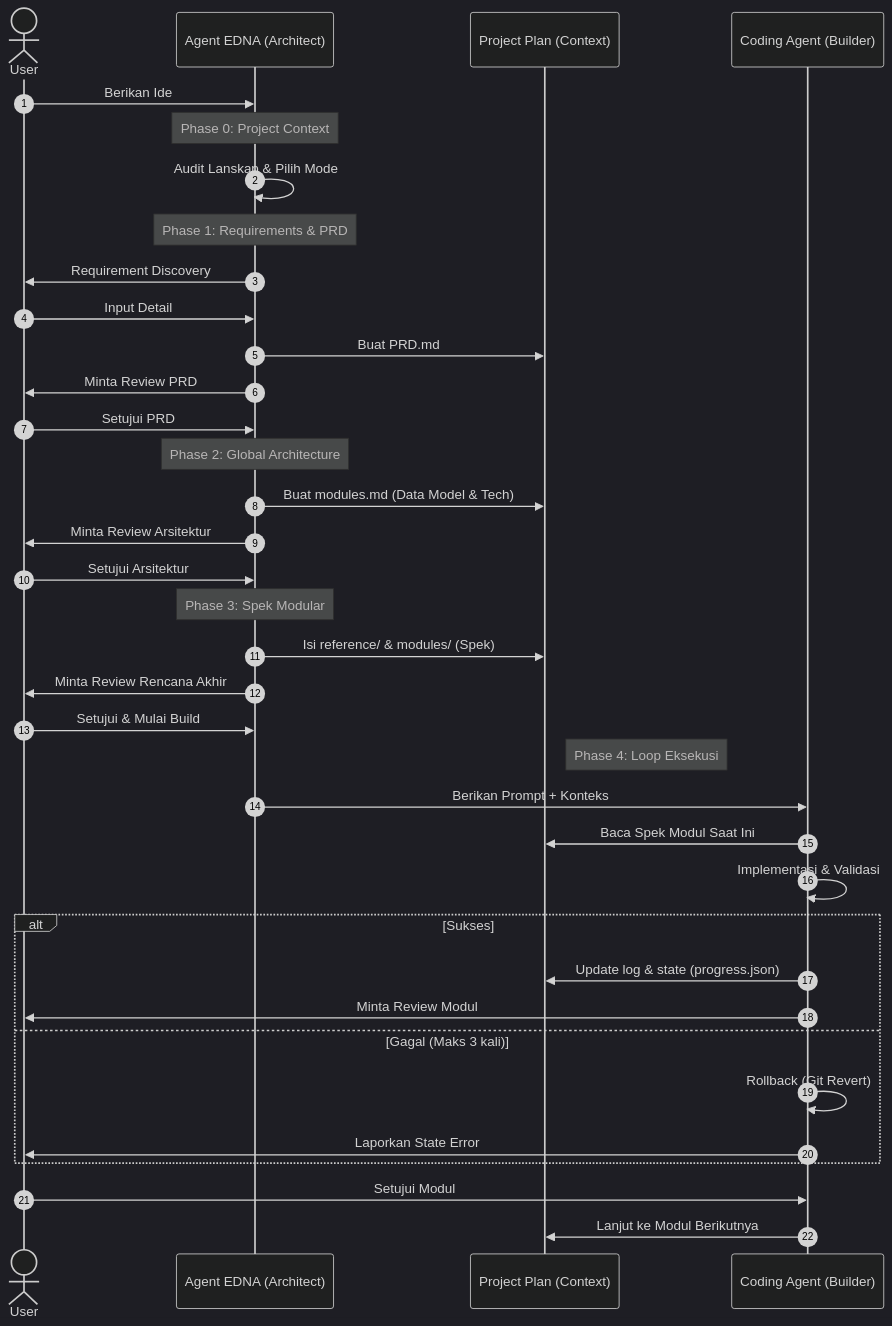
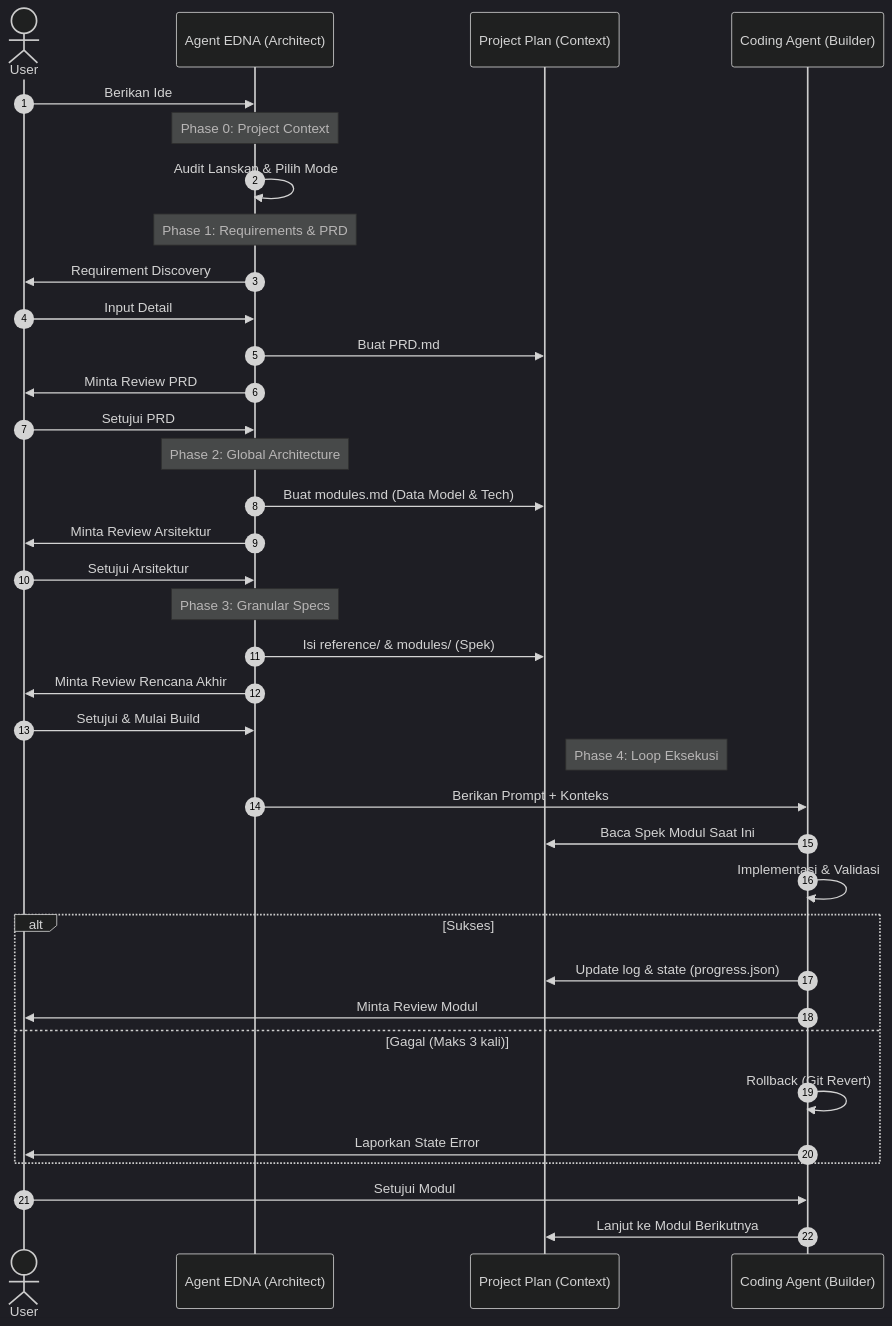
The diagram in how_it_works.id.md (arinadi/EDNA), drawn with Mermaid (dark theme) before and after one commit. The commit also changed other lines of this file and 1 other file, not shown here.

````diff
--- a/how_it_works.id.md
+++ b/how_it_works.id.md
@@ -71,46 +74,46 @@
 ```mermaid
 sequenceDiagram
     autonumber
     actor User
     participant EDNA as Agent EDNA (Architect)
     participant Plan as Project Plan (Context)
     participant Coder as Coding Agent (Builder)
 
     User->>EDNA: Berikan Ide
     
     Note over EDNA: Phase 0: Project Context
     EDNA->>EDNA: Audit Lanskap & Pilih Mode
     
     Note over EDNA: Phase 1: Requirements & PRD
     EDNA->>User: Requirement Discovery
     User->>EDNA: Input Detail
     EDNA->>Plan: Buat PRD.md
     EDNA->>User: Minta Review PRD
     User->>EDNA: Setujui PRD
     
     Note over EDNA: Phase 2: Global Architecture
     EDNA->>Plan: Buat modules.md (Data Model & Tech)
     EDNA->>User: Minta Review Arsitektur
     User->>EDNA: Setujui Arsitektur
     
-    Note over EDNA: Phase 3: Spek Modular
+    Note over EDNA: Phase 3: Granular Specs
     EDNA->>Plan: Isi reference/ & modules/ (Spek)
     
     EDNA->>User: Minta Review Rencana Akhir
     User->>EDNA: Setujui & Mulai Build
     
     Note right of Plan: Phase 4: Loop Eksekusi
     EDNA->>Coder: Berikan Prompt + Konteks
     Coder->>Plan: Baca Spek Modul Saat Ini
     Coder->>Coder: Implementasi & Validasi
     alt Sukses
         Coder->>Plan: Update log & state (progress.json)
         Coder->>User: Minta Review Modul
     else Gagal (Maks 3 kali)
         Coder->>Coder: Rollback (Git Revert)
         Coder->>User: Laporkan State Error
     end
     
     User->>Coder: Setujui Modul
     Coder->>Plan: Lanjut ke Modul Berikutnya
 ```
````
